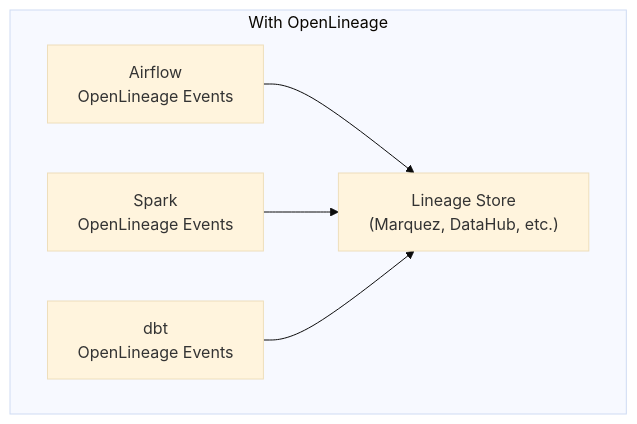
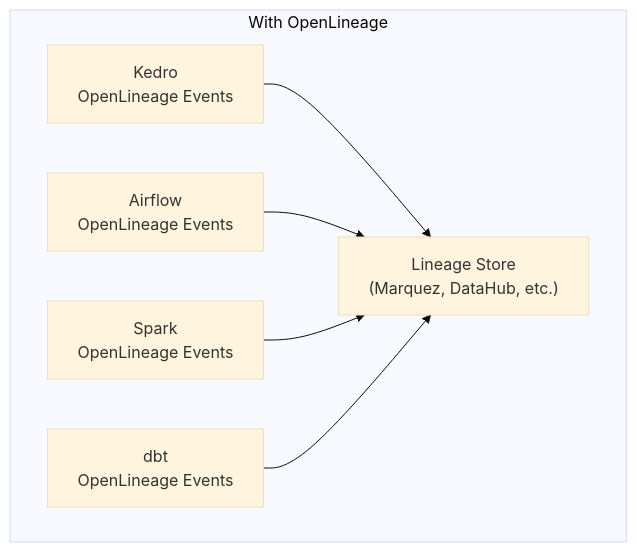
One commit to millsks/data-lineage-book changed the second of 12 diagrams in chapters/05-openlineage-standard.md. Above: the diagram before and after it, drawn with Mermaid (base theme). The commit also changed other lines of this file and 4 other files, not shown here.

Commit message:
fix: update references from Airflow to Kedro in multiple chapters for consistency

````diff
--- a/chapters/05-openlineage-standard.md
+++ b/chapters/05-openlineage-standard.md
@@ -38,8 +39,9 @@
 ```mermaid
 graph TD
     subgraph "With OpenLineage"
-        A2["Airflow<br/>OpenLineage Events"] --> L2["Lineage Store<br/>(Marquez, DataHub, etc.)"]
+        K2["Kedro<br/>OpenLineage Events"] --> L2["Lineage Store<br/>(Marquez, DataHub, etc.)"]
+        A2["Airflow<br/>OpenLineage Events"] --> L2
         S2["Spark<br/>OpenLineage Events"] --> L2
         D2["dbt<br/>OpenLineage Events"] --> L2
     end
 ```
````
